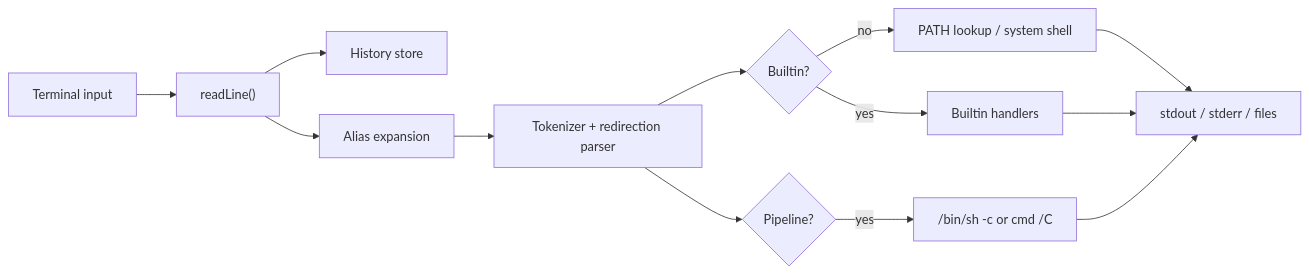
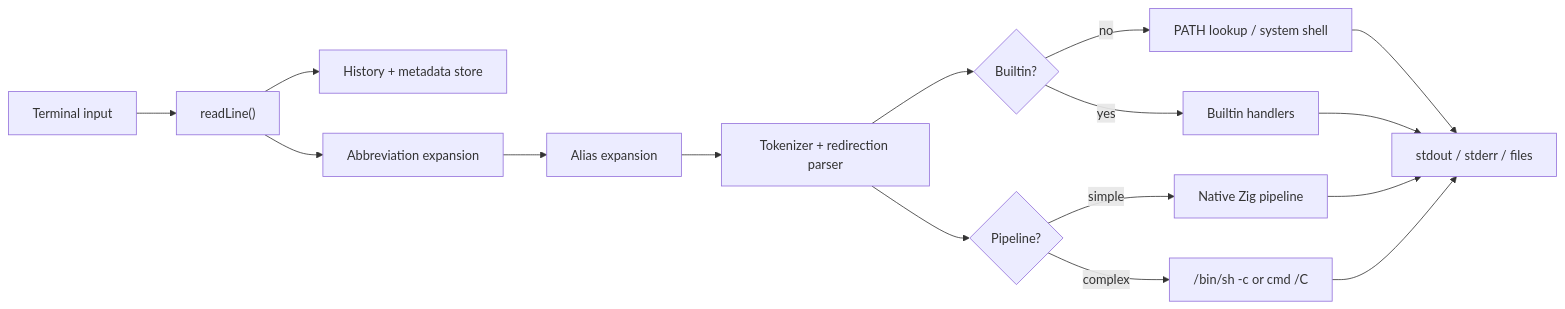
The first of 3 diagrams in README.md (PascalAI2024/ZiggyZag), drawn with Mermaid before and after one commit. The commit also changed other lines of this file and 6 other files, not shown here.

````diff
--- a/README.md
+++ b/README.md
@@ -90,15 +108,18 @@
 ```mermaid
 flowchart LR
     input["Terminal input"] --> line["readLine()"]
-    line --> history["History store"]
-    line --> alias["Alias expansion"]
+    line --> history["History + metadata store"]
+    line --> abbr["Abbreviation expansion"]
+    abbr --> alias["Alias expansion"]
     alias --> parse["Tokenizer + redirection parser"]
     parse --> builtins{"Builtin?"}
     builtins -->|yes| builtin["Builtin handlers"]
     builtins -->|no| external["PATH lookup / system shell"]
     parse --> pipes{"Pipeline?"}
-    pipes -->|yes| sh["/bin/sh -c or cmd /C"]
+    pipes -->|simple| native["Native Zig pipeline"]
+    pipes -->|complex| sh["/bin/sh -c or cmd /C"]
     external --> output["stdout / stderr / files"]
     builtin --> output
+    native --> output
     sh --> output
 ```
````
